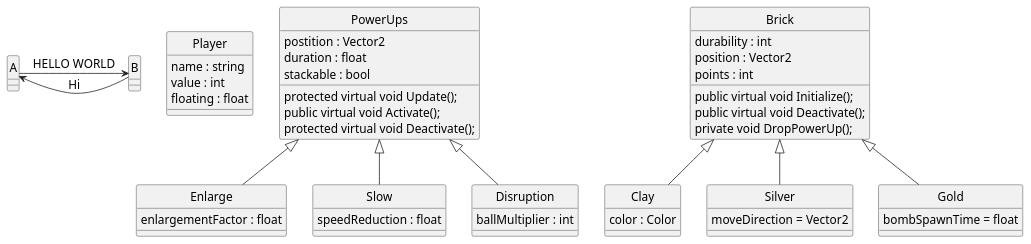
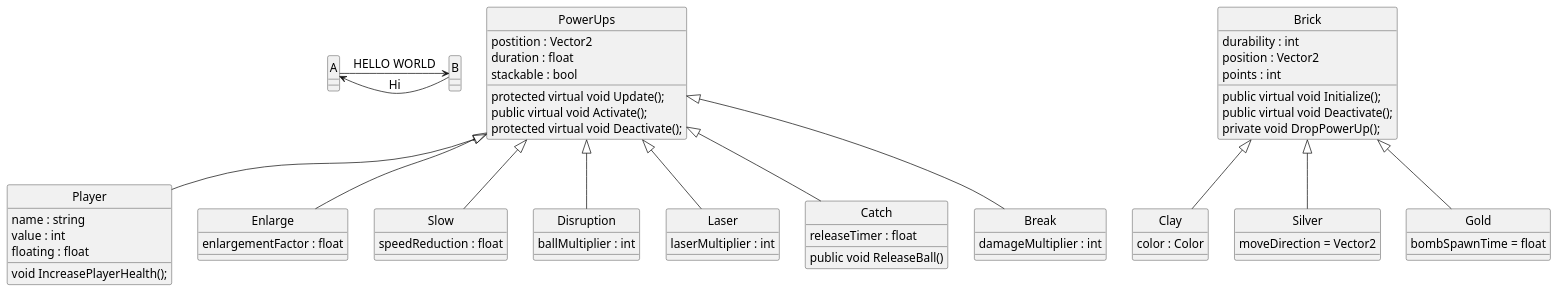
One commit to RitchiDev/GROUP-Domain-Decomposition-Git changed the diagram in Breakout.plantuml. Above: the diagram before and after it, drawn with PlantUML. The commit also changed 1 other file, not shown here.

```diff
--- a/Breakout.plantuml
+++ b/Breakout.plantuml
@@ -1,76 +1,101 @@
 @startuml Breakout
 skinparam style strictuml
 skinparam SequenceMessageAlignment center
 skinparam DefaultFontName Arial
 skinparam DefaultFontSize 16
 skinparam DefaultFontStyle bold
 
 A -> B : HELLO WORLD
 A <- B : Hi
 
 class "Player" as Player
 {
     name : string
     value : int
     floating : float
 }
 
 Powerups <|-- Enlarge
 Powerups <|-- Slow
 Powerups <|-- Disruption
+Powerups <|-- Laser
+Powerups <|-- Catch
+Powerups <|-- Break
+Powerups <|-- Player
 class "PowerUps" as Powerups
 {
     postition : Vector2
     duration : float
     stackable : bool
     
     protected virtual void Update();
     public virtual void Activate();
     protected virtual void Deactivate();
 }
 
 class "Enlarge" as Enlarge
 {
     enlargementFactor : float
 }
 
 class "Slow" as Slow
 {
     speedReduction : float
 }
 
 class "Disruption" as Disruption
 {
     ballMultiplier : int
+}
+
+class "Laser" as Laser
+{
+    laserMultiplier : int
+}
+
+class "Catch" as Catch
+{
+    releaseTimer : float
+    public void ReleaseBall()
+}
+
+class "Break" as Break
+{
+    damageMultiplier : int
+}
+
+class "Player" as Player
+{
+    void IncreasePlayerHealth();
 }
 
 class "Brick" as Brick
 {
     durability : int
     position : Vector2
     points : int
 
     public virtual void Initialize();
     public virtual void Deactivate();
     private void DropPowerUp();
 }
 
 Brick <|-- Clay
 class "Clay" as Clay
 {
     color : Color
 }
 
 Brick <|-- Silver
 class "Silver" as Silver
 {
     moveDirection = Vector2
 }
 
 Brick <|-- Gold
 class "Gold" as Gold
 {
     bombSpawnTime = float
 }
 
 @enduml
```
